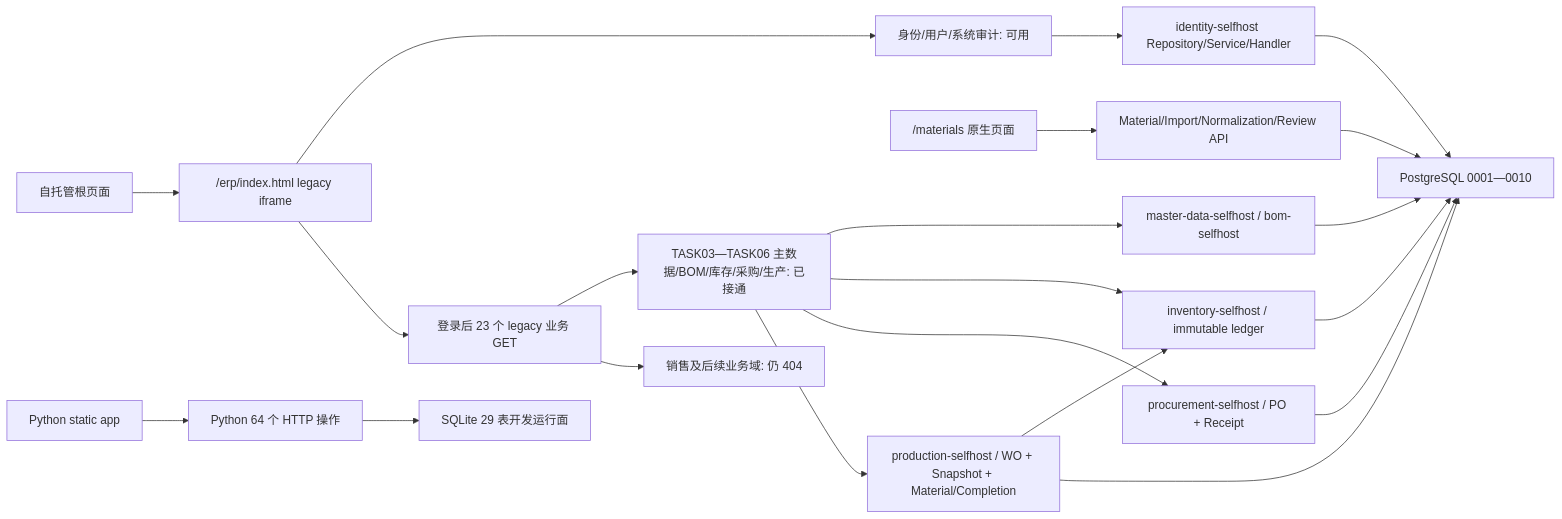
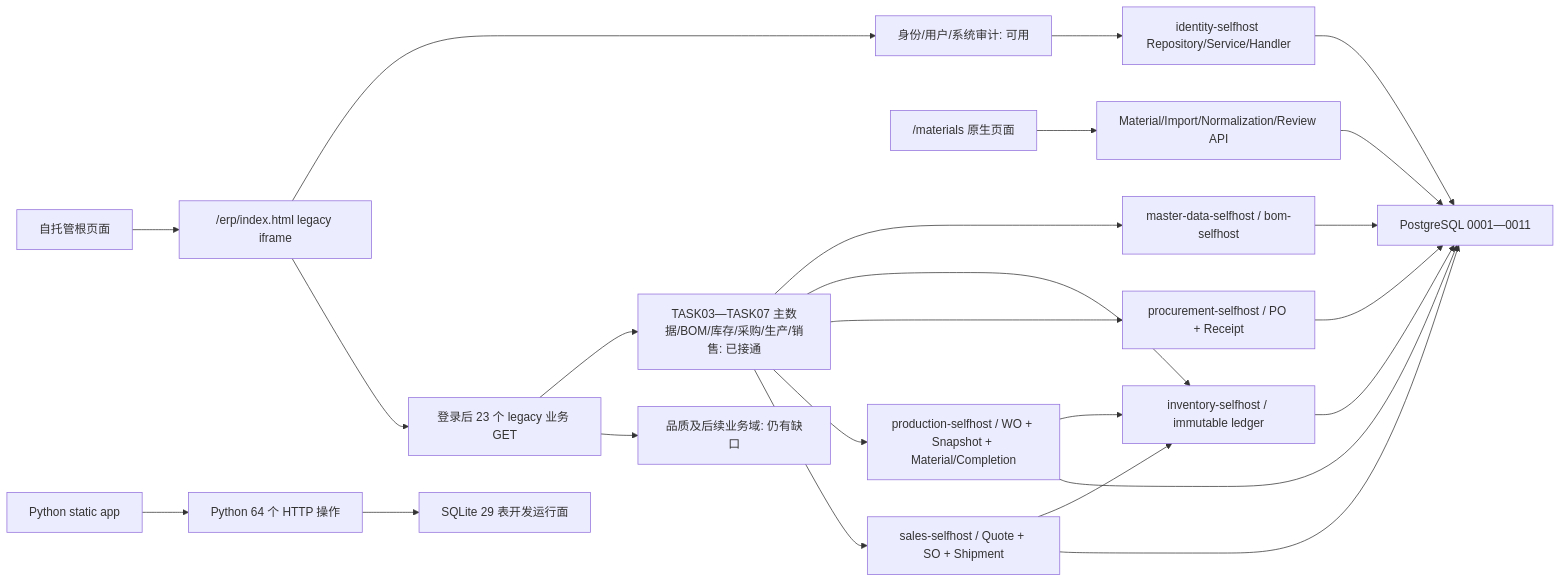
Before and after one commit to 3443176848/chenyida: the first of 7 diagrams in docs/project/ARCHITECTURE.md, drawn with Mermaid. The commit also changed other lines of this file and 38 other files, not shown here.

````diff
--- a/docs/project/ARCHITECTURE.md
+++ b/docs/project/ARCHITECTURE.md
@@ -9,25 +9,28 @@
 ```mermaid
 flowchart LR
     ROOT["自托管根页面"] --> IFRAME["/erp/index.html legacy iframe"]
     IFRAME --> AUTH["身份/用户/系统审计: 可用"]
     IFRAME --> BATCH["登录后 23 个 legacy 业务 GET"]
-    BATCH --> M6["TASK03—TASK06 主数据/BOM/库存/采购/生产: 已接通"]
-    BATCH --> NF["销售及后续业务域: 仍 404"]
+    BATCH --> M7["TASK03—TASK07 主数据/BOM/库存/采购/生产/销售: 已接通"]
+    BATCH --> NF["品质及后续业务域: 仍有缺口"]
 
     NATIVE["/materials 原生页面"] --> MM["Material/Import/Normalization/Review API"]
     AUTH --> ID["identity-selfhost Repository/Service/Handler"]
-    ID --> PG["PostgreSQL 0001—0010"]
+    ID --> PG["PostgreSQL 0001—0011"]
     MM --> PG
-    M6 --> MDB["master-data-selfhost / bom-selfhost"]
+    M7 --> MDB["master-data-selfhost / bom-selfhost"]
     MDB --> PG
-    M6 --> INV["inventory-selfhost / immutable ledger"]
+    M7 --> INV["inventory-selfhost / immutable ledger"]
     INV --> PG
-    M6 --> PROC["procurement-selfhost / PO + Receipt"]
+    M7 --> PROC["procurement-selfhost / PO + Receipt"]
     PROC --> PG
-    M6 --> PROD["production-selfhost / WO + Snapshot + Material/Completion"]
+    M7 --> PROD["production-selfhost / WO + Snapshot + Material/Completion"]
     PROD --> INV
     PROD --> PG
+    M7 --> SALES["sales-selfhost / Quote + SO + Shipment"]
+    SALES --> INV
+    SALES --> PG
 
     PYUI["Python static app"] --> PYAPI["Python 64 个 HTTP 操作"]
     PYAPI --> SQLITE["SQLite 29 表开发运行面"]
 ```
````
